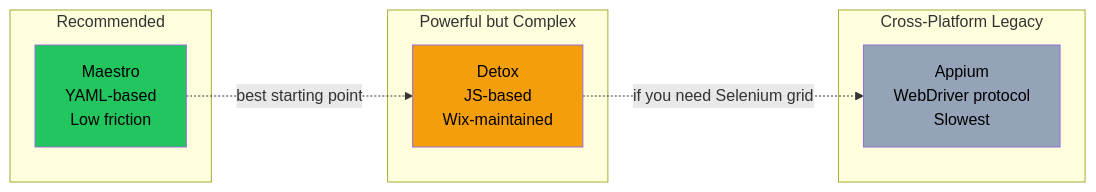
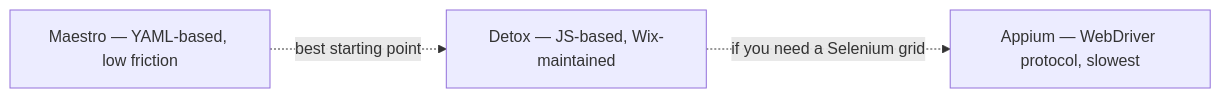
The sixth of 9 diagrams in arguments/chapters/rn-16-testing.md (BabaScience/react-guides), drawn with Mermaid before and after one commit. The commit also changed other lines of this file and 63 other files, not shown here.

First line of the commit message:
Enrich React Native roadmap with deeper content, visuals, and FR/IT translations

````diff
--- a/arguments/chapters/rn-16-testing.md
+++ b/arguments/chapters/rn-16-testing.md
@@ -237,19 +332,9 @@
 ```mermaid
 graph LR
-    subgraph "Recommended"
-        M["Maestro<br/>YAML-based<br/>Low friction"]
-    end
-    subgraph "Powerful but Complex"
-        D["Detox<br/>JS-based<br/>Wix-maintained"]
-    end
-    subgraph "Cross-Platform Legacy"
-        A["Appium<br/>WebDriver protocol<br/>Slowest"]
-    end
+    M["Maestro — YAML-based, low friction"]
+    D["Detox — JS-based, Wix-maintained"]
+    A["Appium — WebDriver protocol, slowest"]
 
     M -. "best starting point" .-> D
-    D -. "if you need Selenium grid" .-> A
-
-    style M fill:#22c55e,color:#000
-    style D fill:#f59e0b,color:#000
-    style A fill:#94a3b8,color:#000
+    D -. "if you need a Selenium grid" .-> A
 ```
````
